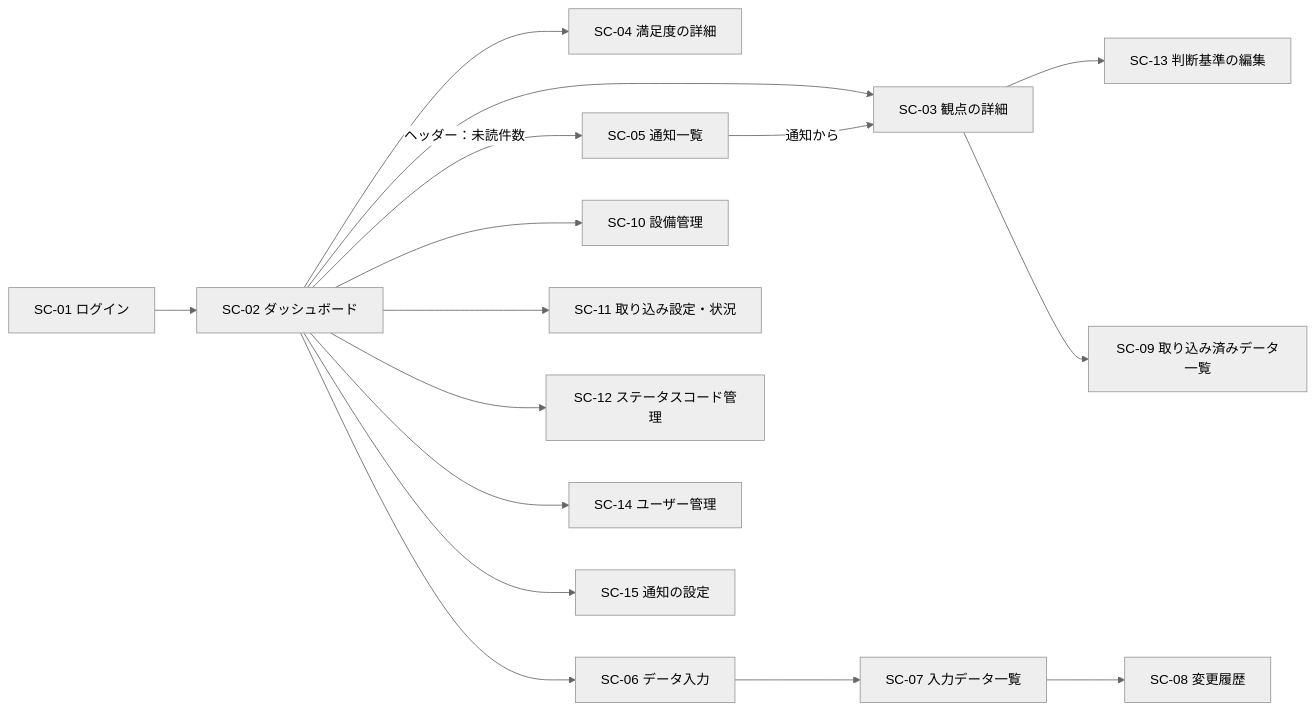
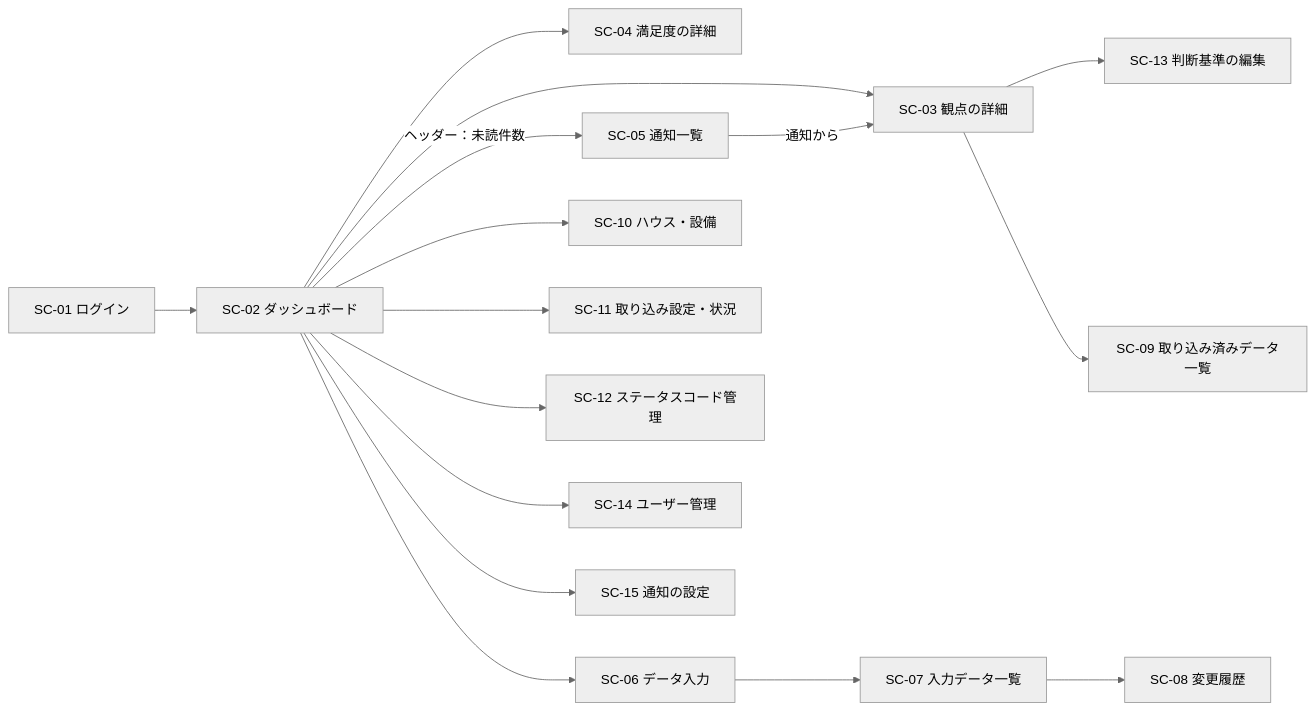
The diagram in docs/10_design/functions/functional-specification.md (NS-APU/smart-farm-monitoring), drawn with Mermaid (neutral theme) before and after one commit. The commit also changed other lines of this file and 7 other files, not shown here.

````diff
--- a/docs/10_design/functions/functional-specification.md
+++ b/docs/10_design/functions/functional-specification.md
@@ -76,18 +76,18 @@
 ```mermaid
 flowchart LR
   SC01[SC-01 ログイン] --> SC02[SC-02 ダッシュボード]
   SC02 --> SC03[SC-03 観点の詳細]
   SC03 --> SC13[SC-13 判断基準の編集]
   SC03 --> SC09[SC-09 取り込み済みデータ一覧]
   SC02 --> SC04[SC-04 満足度の詳細]
   SC02 -->|ヘッダー：未読件数| SC05[SC-05 通知一覧]
   SC05 -->|通知から| SC03
   SC02 --> SC06[SC-06 データ入力]
   SC06 --> SC07[SC-07 入力データ一覧]
   SC07 --> SC08[SC-08 変更履歴]
-  SC02 --> SC10[SC-10 設備管理]
+  SC02 --> SC10[SC-10 ハウス・設備]
   SC02 --> SC11[SC-11 取り込み設定・状況]
   SC02 --> SC12[SC-12 ステータスコード管理]
   SC02 --> SC14[SC-14 ユーザー管理]
   SC02 --> SC15[SC-15 通知の設定]
 ```
````
